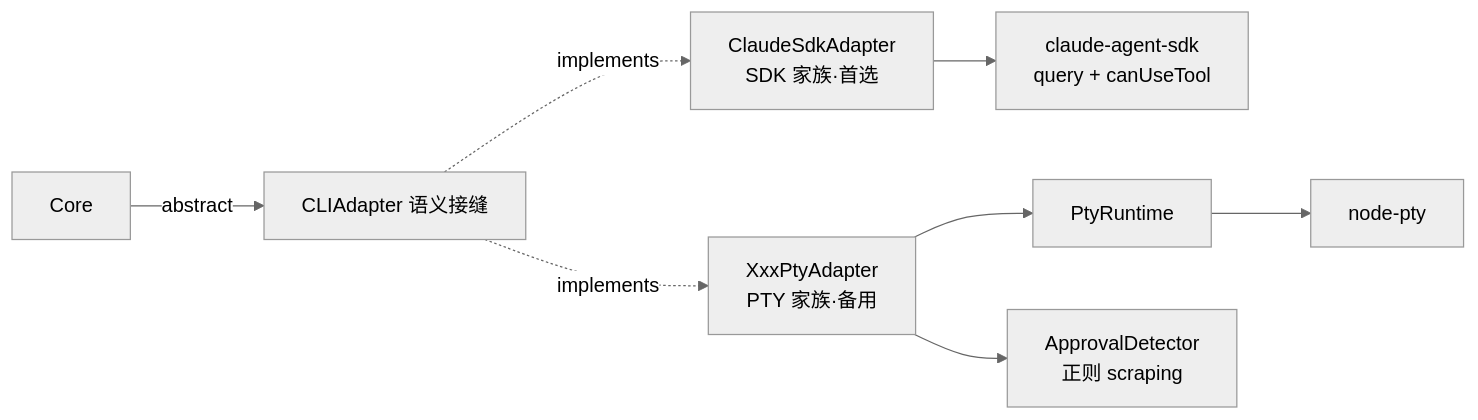
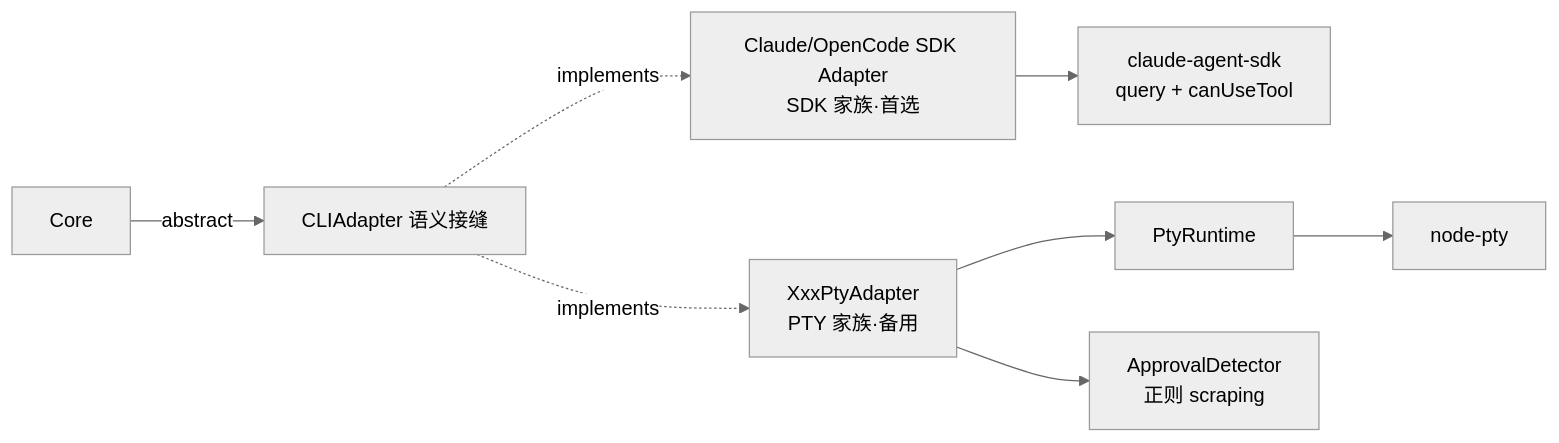
Before and after one commit to ygq-future/ai-cli-hub: the third of 15 diagrams in docs/02-Architecture.md, drawn with Mermaid (neutral theme). The commit also changed other lines of this file and 32 other files, not shown here.

````diff
--- a/docs/02-Architecture.md
+++ b/docs/02-Architecture.md
@@ -201,10 +204,10 @@
 ```mermaid
 flowchart LR
     Core -->|abstract| Adapter[CLIAdapter 语义接缝]
-    Adapter -.implements.-> SdkA[ClaudeSdkAdapter<br/>SDK 家族·首选]
+    Adapter -.implements.-> SdkA[Claude/OpenCode SDK Adapter<br/>SDK 家族·首选]
     Adapter -.implements.-> PtyA[XxxPtyAdapter<br/>PTY 家族·备用]
     SdkA --> SDK[claude-agent-sdk<br/>query + canUseTool]
     PtyA --> Runtime[PtyRuntime]
     PtyA --> Detector[ApprovalDetector<br/>正则 scraping]
     Runtime --> pty[node-pty]
 ```
````
